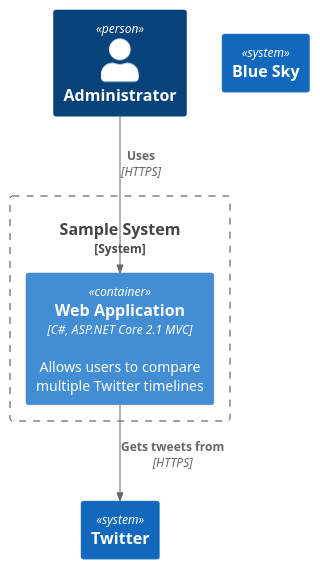
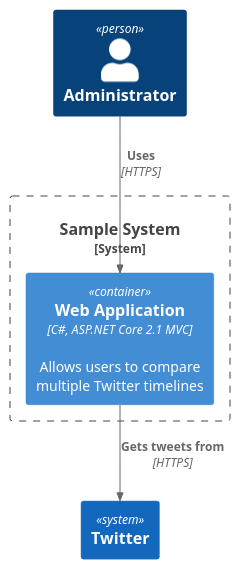
One commit to kcirtapfromspace/plantuml changed the diagram in doc/design/assets/diagram.puml. Above: the diagram before and after it, drawn with PlantUML.

```diff
--- a/doc/design/assets/diagram.puml
+++ b/doc/design/assets/diagram.puml
@@ -1,13 +1,12 @@
 @startuml Basic_Sample
 !include https://raw.githubusercontent.com/plantuml-stdlib/C4-PlantUML/master/C4_Container.puml
 
 Person(admin, "Administrator")
 System_Boundary(c1, "Sample System") {
     Container(web_app, "Web Application", "C#, ASP.NET Core 2.1 MVC", "Allows users to compare multiple Twitter timelines")
 }
 System(twitter, "Twitter")
-System(bluesky, "Blue Sky")
 
 Rel(admin, web_app, "Uses", "HTTPS")
 Rel(web_app, twitter, "Gets tweets from", "HTTPS")
 @enduml
```
